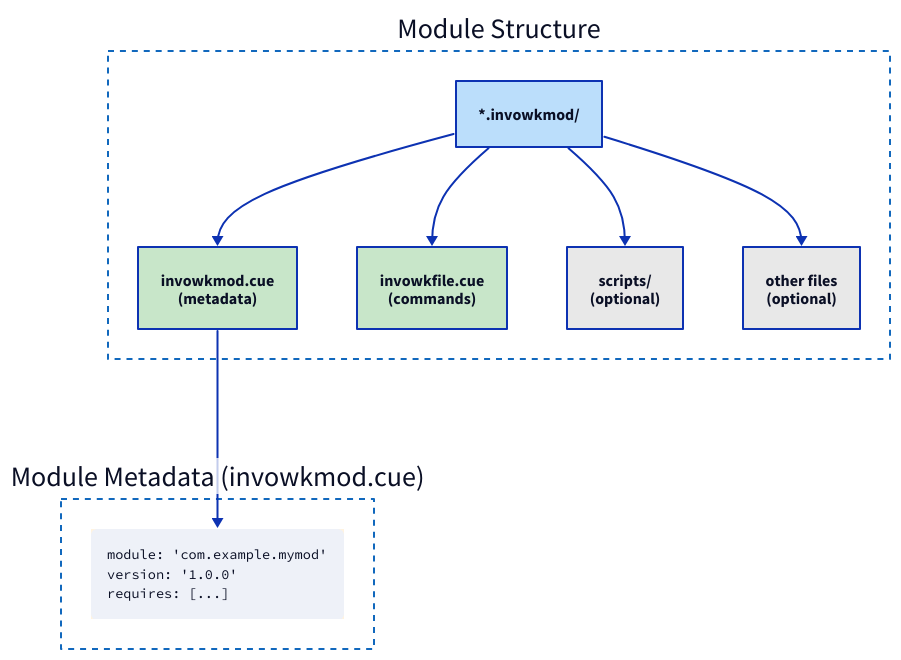
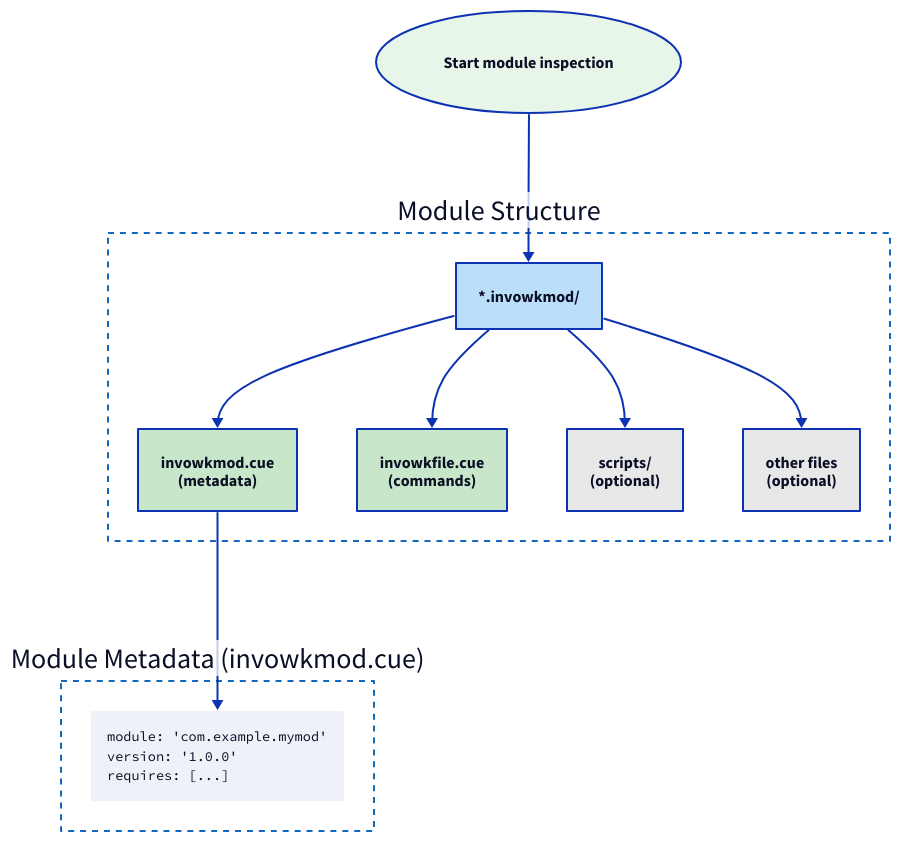
Before and after one commit to invowk/invowk: the diagram in docs/diagrams/flowcharts/discovery-module-structure.d2, drawn with D2. The commit also changed 37 other files, not shown here. The source asks for the TALA layout; these drawings use dagre instead.

Commit message:
docs(diagrams): add readability guardrails and refresh d2 guidance (#63)

````diff
--- a/docs/diagrams/flowcharts/discovery-module-structure.d2
+++ b/docs/diagrams/flowcharts/discovery-module-structure.d2
@@ -1,75 +1,85 @@
 # Module Structure Flowchart
 #
 # Shows the directory structure and required files
 # for an Invowk module (.invowkmod directory).
 #
 # Source: docs/architecture/flowchart-discovery.md
 
 vars: {
   d2-config: {
     layout-engine: tala
   }
 }
 
 direction: down
+
+# ==============================================================================
+# Entry Point
+# ==============================================================================
+
+Start: Start module inspection {
+  shape: oval
+  style.fill: "#E8F5E9"
+}
 
 # ==============================================================================
 # Module Structure
 # ==============================================================================
 
 module_structure: Module Structure {
   style: {
     stroke: "#1168BD"
     stroke-dash: 3
     fill: transparent
   }
 
   ModDir: "*.invowkmod/" {
     style.fill: "#BBDEFB"
   }
 
   InvowkmodCue: invowkmod.cue\n(metadata) {
     style.fill: "#C8E6C9"
   }
 
   InvowkfileCue: invowkfile.cue\n(commands) {
     style.fill: "#C8E6C9"
   }
 
   Scripts: scripts/\n(optional) {
     style.fill: "#E8E8E8"
   }
 
   Files: other files\n(optional) {
     style.fill: "#E8E8E8"
   }
 
   ModDir -> InvowkmodCue
   ModDir -> InvowkfileCue
   ModDir -> Scripts
   ModDir -> Files
 }
 
 # ==============================================================================
 # Module Metadata
 # ==============================================================================
 
 module_metadata: Module Metadata (invowkmod.cue) {
   style: {
     stroke: "#1168BD"
     stroke-dash: 3
     fill: transparent
   }
 
   Meta: |md
     ```
     module: 'com.example.mymod'
     version: '1.0.0'
     requires: [...]
     ```
   | {
     style.fill: "#FFF3E0"
   }
 }
 
 module_structure.InvowkmodCue -> module_metadata.Meta
+Start -> module_structure.ModDir
````
